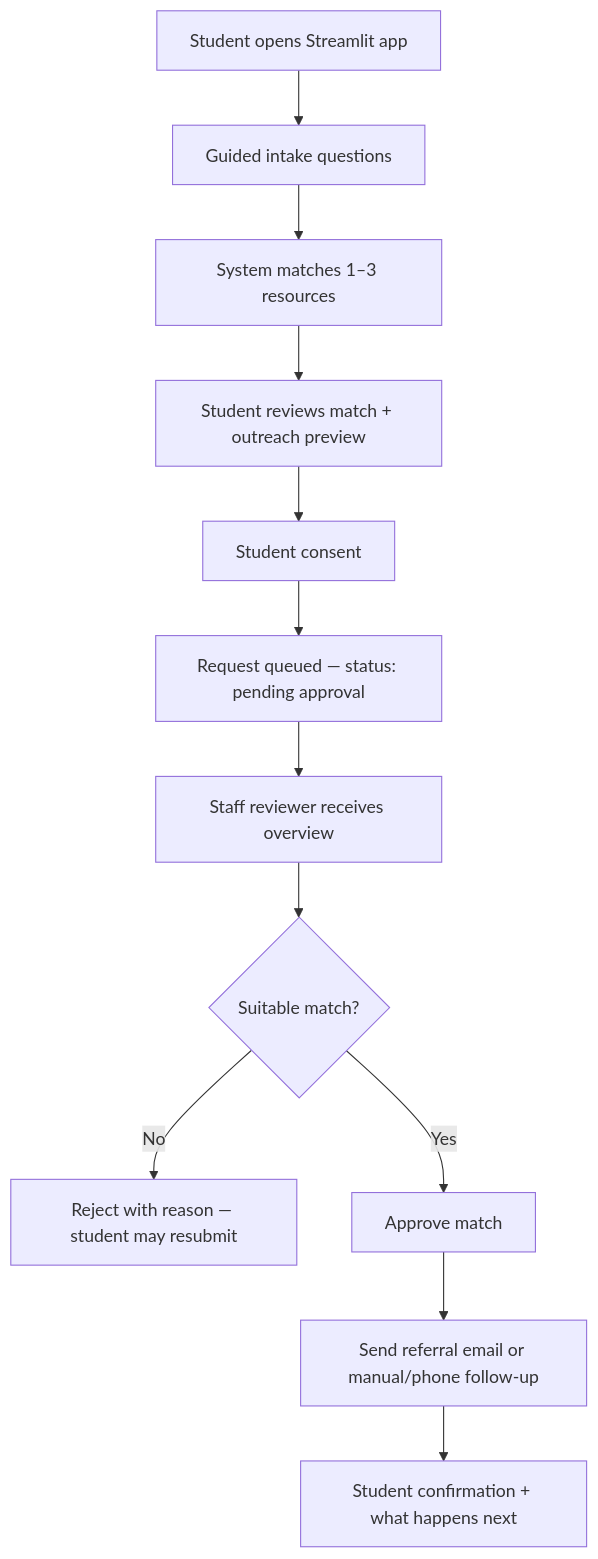
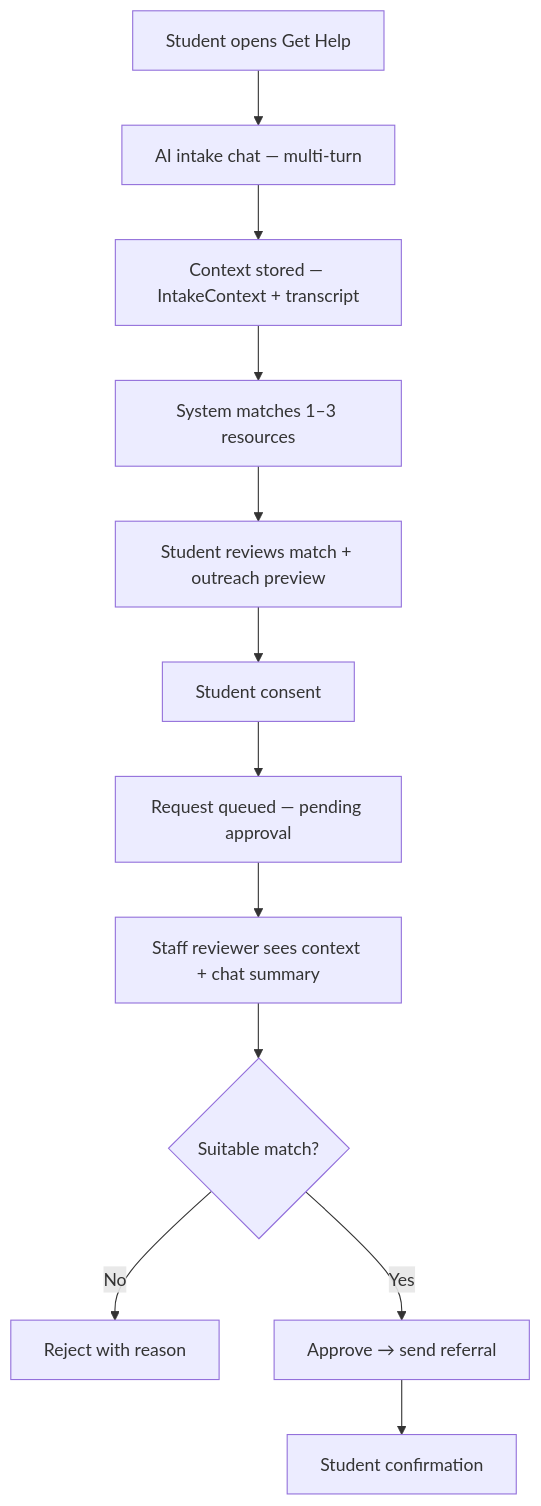
One commit to madiraa/wrc-resource-search changed the first of 2 diagrams in PROJECT_PLAN.md. Above: the diagram before and after it, drawn with Mermaid. The commit also changed other lines of this file and 11 other files, not shown here.

First line of the commit message:
Add technical scope and foundation for conversational intake chat

````diff
--- a/PROJECT_PLAN.md
+++ b/PROJECT_PLAN.md
@@ -46,14 +48,14 @@
 ```mermaid
 flowchart TD
-    A[Student opens Streamlit app] --> B[Guided intake questions]
-    B --> C[System matches 1–3 resources]
-    C --> D[Student reviews match + outreach preview]
-    D --> E[Student consent]
-    E --> F[Request queued — status: pending approval]
-    F --> G[Staff reviewer receives overview]
-    G --> H{Suitable match?}
-    H -->|No| I[Reject with reason — student may resubmit]
-    H -->|Yes| J[Approve match]
-    J --> K[Send referral email or manual/phone follow-up]
-    K --> L[Student confirmation + what happens next]
+    A[Student opens Get Help] --> B[AI intake chat — multi-turn]
+    B --> C[Context stored — IntakeContext + transcript]
+    C --> D[System matches 1–3 resources]
+    D --> E[Student reviews match + outreach preview]
+    E --> F[Student consent]
+    F --> G[Request queued — pending approval]
+    G --> H[Staff reviewer sees context + chat summary]
+    H --> I{Suitable match?}
+    I -->|No| J[Reject with reason]
+    I -->|Yes| K[Approve → send referral]
+    K --> L[Student confirmation]
 ```
````
